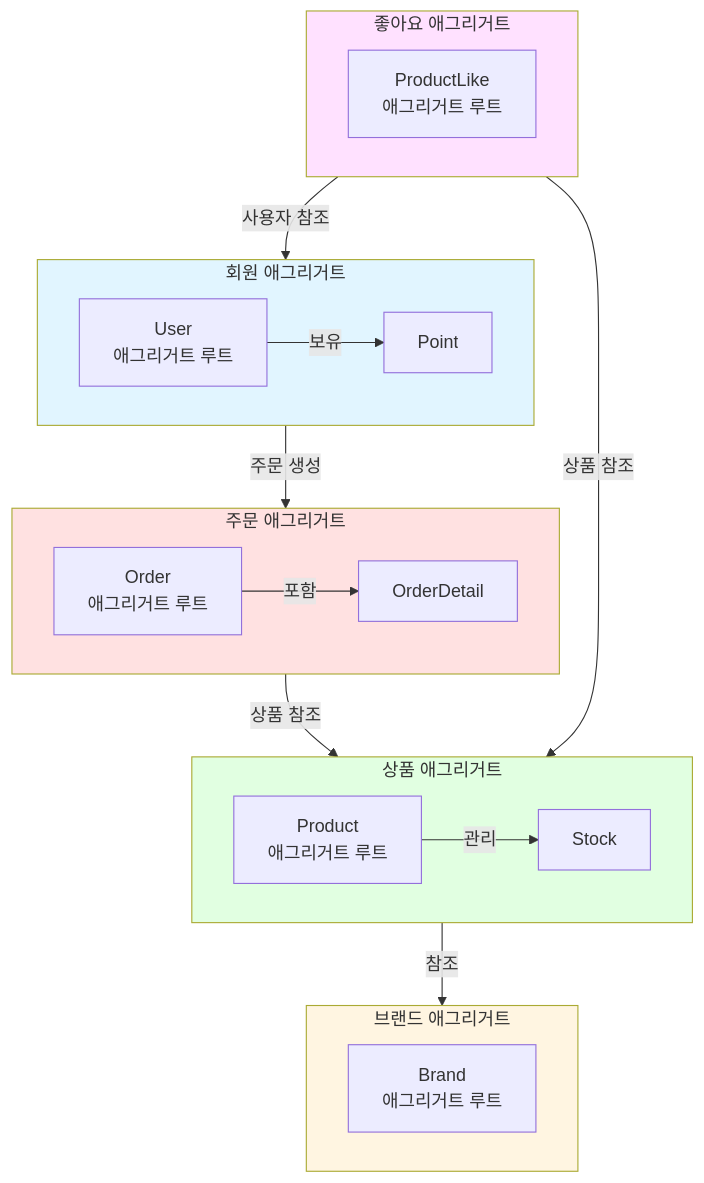
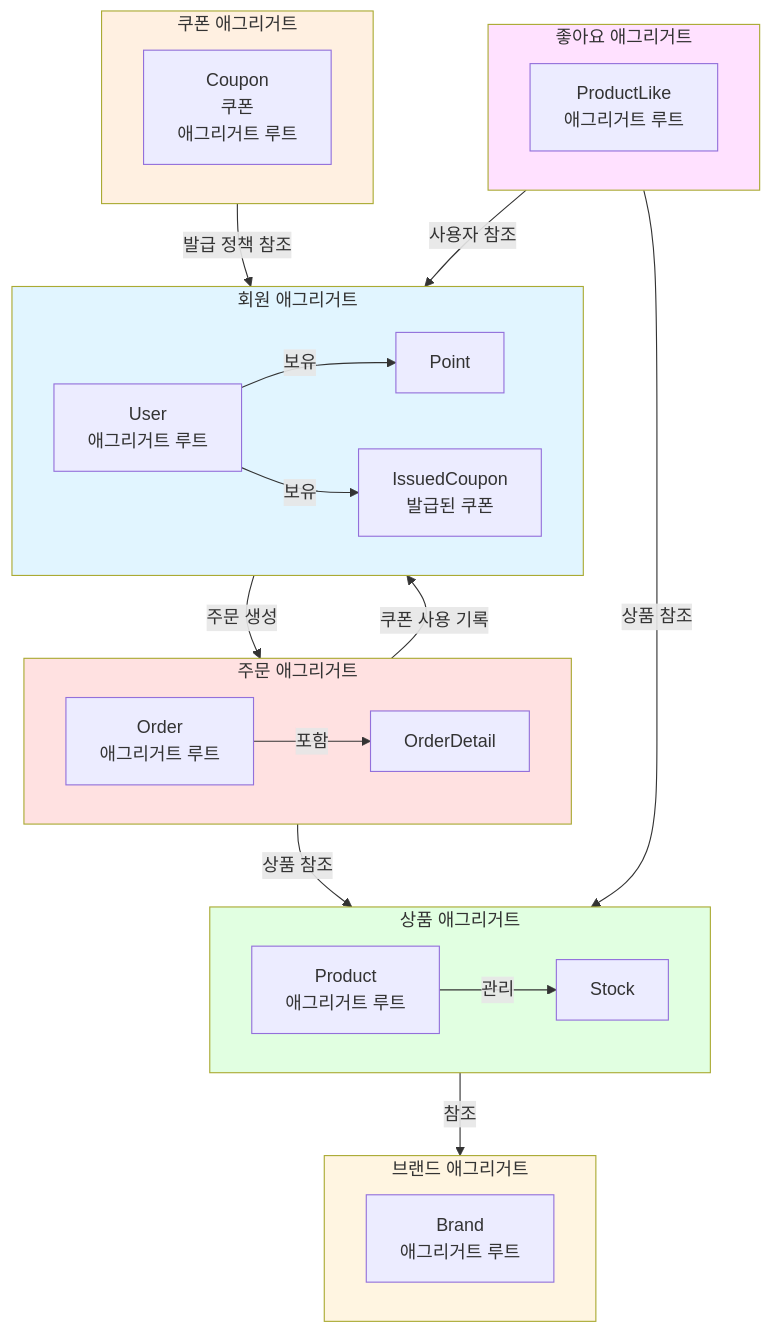
The diagram in docs/week2/07-aggregate-diagrams.md (Loopers-dev-lab/loopers-spring-kotlin-template), drawn with Mermaid before and after one commit. The commit also changed 8 other files, not shown here.

````diff
--- a/docs/week2/07-aggregate-diagrams.md
+++ b/docs/week2/07-aggregate-diagrams.md
@@ -1,39 +1,49 @@
 ```mermaid
 graph TB
     subgraph User_AGG[회원 애그리거트]
         User[User<br/>애그리거트 루트]
         Point[Point]
+        IssuedCoupon[IssuedCoupon<br/>발급된 쿠폰]
         User -->|보유| Point
+        User -->|보유| IssuedCoupon
+    end
+
+    subgraph Coupon_AGG[쿠폰 애그리거트]
+        Coupon[Coupon<br/>쿠폰 <br/>애그리거트 루트]
     end
 
     subgraph Brand_AGG[브랜드 애그리거트]
         Brand[Brand<br/>애그리거트 루트]
     end
 
     subgraph Product_AGG[상품 애그리거트]
         Product[Product<br/>애그리거트 루트]
         Stock[Stock]
         Product -->|관리| Stock
     end
 
     subgraph Order_AGG[주문 애그리거트]
         Order[Order<br/>애그리거트 루트]
         OrderDetail[OrderDetail]
         Order -->|포함| OrderDetail
     end
 
     subgraph Like_AGG[좋아요 애그리거트]
         ProductLike[ProductLike<br/>애그리거트 루트]
     end
 
     User_AGG -->|주문 생성| Order_AGG
+    Coupon_AGG -->|발급 정책 참조| User_AGG
+    Order_AGG -->|쿠폰 사용 기록| User_AGG
     Product_AGG -->|참조| Brand_AGG
     Order_AGG -->|상품 참조| Product_AGG
     Like_AGG -->|사용자 참조| User_AGG
     Like_AGG -->|상품 참조| Product_AGG
+
     style User_AGG fill: #e1f5ff
     style Order_AGG fill: #ffe1e1
     style Product_AGG fill: #e1ffe1
     style Brand_AGG fill: #fff5e1
     style Like_AGG fill: #ffe1ff
+    style Coupon_AGG fill: #fff0e1
 ```
````
